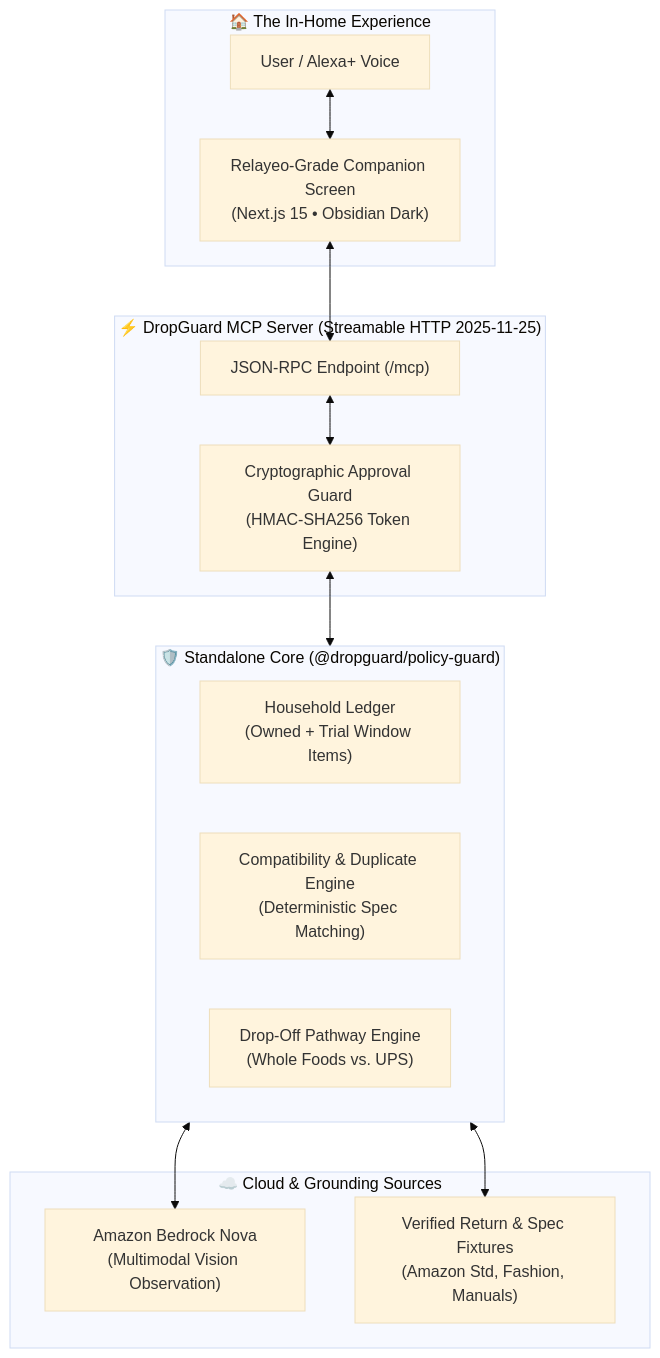
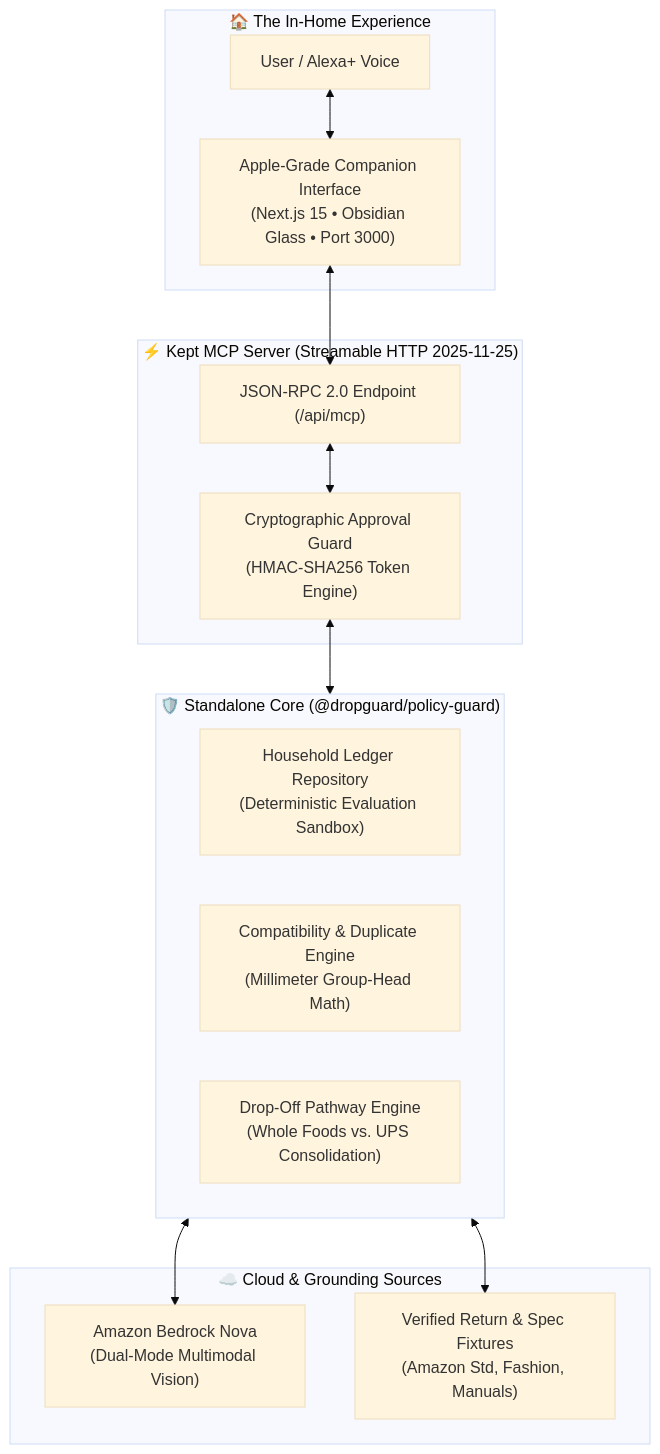
One commit to reachmeghanashyam-coder/kept-alexa-mcp changed the diagram in README.md. Above: the diagram before and after it, drawn with Mermaid (base theme). The commit also changed other lines of this file and 1 other file, not shown here.

Commit message:
docs: add HouseholdRepository DynamoDB blueprint and dual-mode Bedrock transparency to README and store

````diff
--- a/README.md
+++ b/README.md
@@ -25,30 +25,30 @@
 ```mermaid
 flowchart TD
     subgraph Household["🏠 The In-Home Experience"]
         User["User / Alexa+ Voice"]
-        UI["Relayeo-Grade Companion Screen\n(Next.js 15 • Obsidian Dark)"]
+        UI["Apple-Grade Companion Interface\n(Next.js 15 • Obsidian Glass • Port 3000)"]
     end
 
-    subgraph MCP["⚡ DropGuard MCP Server (Streamable HTTP 2025-11-25)"]
-        RPC["JSON-RPC Endpoint (/mcp)"]
+    subgraph MCP["⚡ Kept MCP Server (Streamable HTTP 2025-11-25)"]
+        RPC["JSON-RPC 2.0 Endpoint (/api/mcp)"]
         SecGuard["Cryptographic Approval Guard\n(HMAC-SHA256 Token Engine)"]
     end
 
     subgraph CoreEngine["🛡️ Standalone Core (@dropguard/policy-guard)"]
-        Store["Household Ledger\n(Owned + Trial Window Items)"]
-        Compat["Compatibility & Duplicate Engine\n(Deterministic Spec Matching)"]
-        ResEngine["Drop-Off Pathway Engine\n(Whole Foods vs. UPS)"]
+        Store["Household Ledger Repository\n(Deterministic Evaluation Sandbox)"]
+        Compat["Compatibility & Duplicate Engine\n(Millimeter Group-Head Math)"]
+        ResEngine["Drop-Off Pathway Engine\n(Whole Foods vs. UPS Consolidation)"]
     end
 
     subgraph Cloud["☁️ Cloud & Grounding Sources"]
-        Bedrock["Amazon Bedrock Nova\n(Multimodal Vision Observation)"]
+        Bedrock["Amazon Bedrock Nova\n(Dual-Mode Multimodal Vision)"]
         Policies["Verified Return & Spec Fixtures\n(Amazon Std, Fashion, Manuals)"]
     end
 
     User <--> UI
     UI <--> RPC
     RPC <--> SecGuard
     SecGuard <--> CoreEngine
     CoreEngine <--> Bedrock
     CoreEngine <--> Policies
 ```
````
